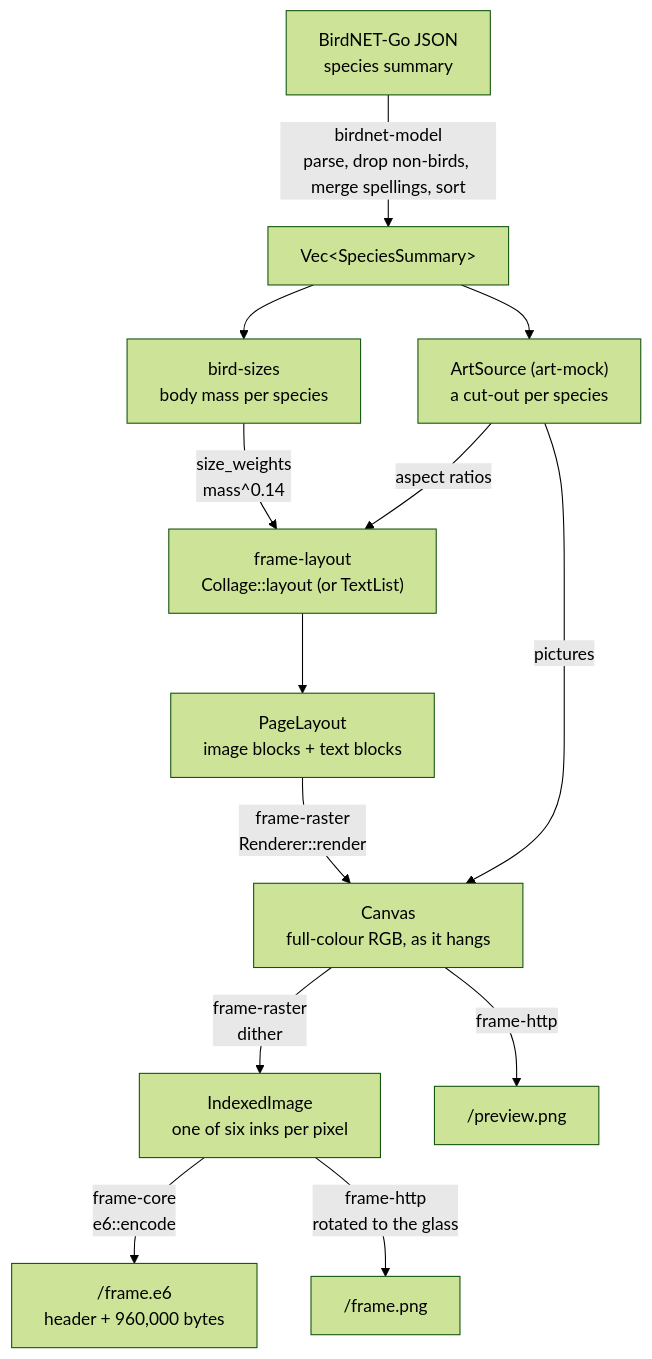
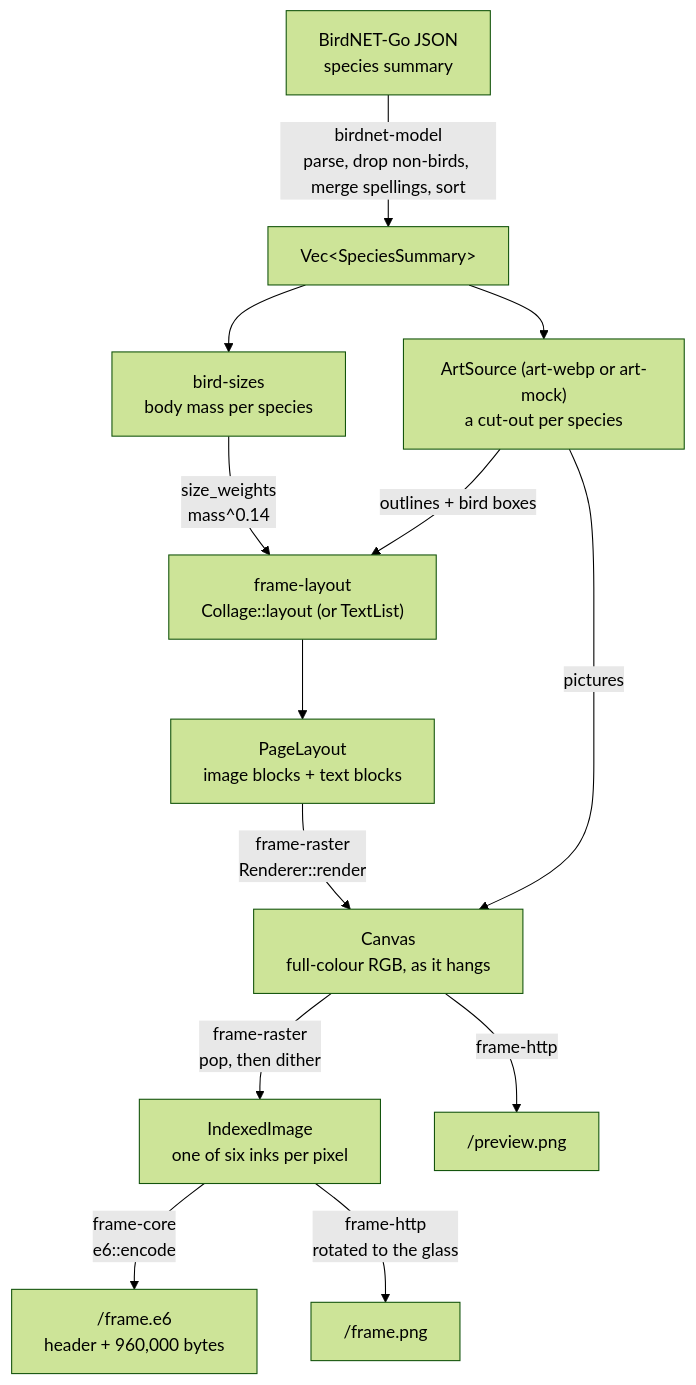
Before and after one commit to Filip-Pajalic/birdnet-go-frame: the first of 4 diagrams in docs/explanation/image-pipeline.md, drawn with Mermaid (forest theme). The commit also changed other lines of this file and 59 other files, not shown here.

````diff
--- a/docs/explanation/image-pipeline.md
+++ b/docs/explanation/image-pipeline.md
@@ -8,15 +11,15 @@
 ```mermaid
 flowchart TD
     json["BirdNET-Go JSON<br/>species summary"] -->|"birdnet-model<br/>parse, drop non-birds, merge spellings, sort"| species["Vec&lt;SpeciesSummary&gt;"]
     species --> sizes["bird-sizes<br/>body mass per species"]
-    species --> art["ArtSource (art-mock)<br/>a cut-out per species"]
+    species --> art["ArtSource (art-webp or art-mock)<br/>a cut-out per species"]
     sizes -->|"size_weights<br/>mass^0.14"| collage
-    art -->|aspect ratios| collage
+    art -->|"outlines + bird boxes"| collage
     collage["frame-layout<br/>Collage::layout (or TextList)"] --> layout["PageLayout<br/>image blocks + text blocks"]
     art -->|pictures| canvas
     layout -->|"frame-raster<br/>Renderer::render"| canvas["Canvas<br/>full-colour RGB, as it hangs"]
-    canvas -->|"frame-raster<br/>dither"| page["IndexedImage<br/>one of six inks per pixel"]
+    canvas -->|"frame-raster<br/>pop, then dither"| page["IndexedImage<br/>one of six inks per pixel"]
     page -->|"frame-core<br/>e6::encode"| e6["/frame.e6<br/>header + 960,000 bytes"]
     canvas -->|frame-http| preview["/preview.png"]
     page -->|"frame-http<br/>rotated to the glass"| framepng["/frame.png"]
 ```
````
